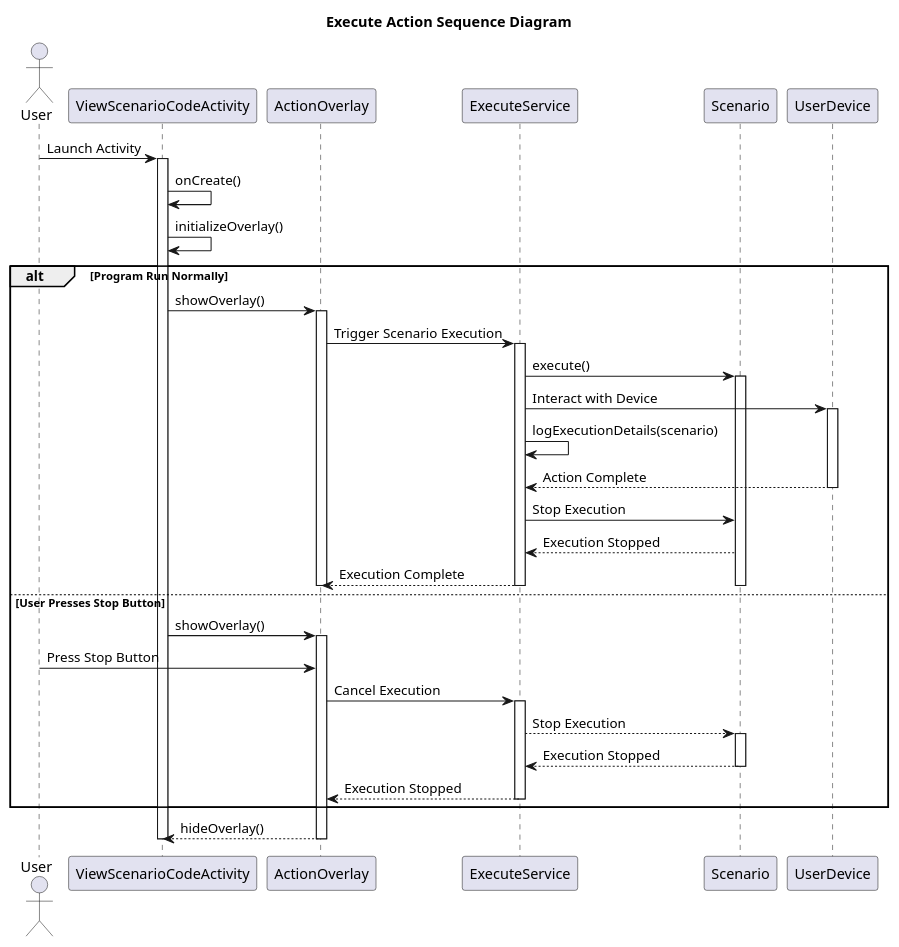
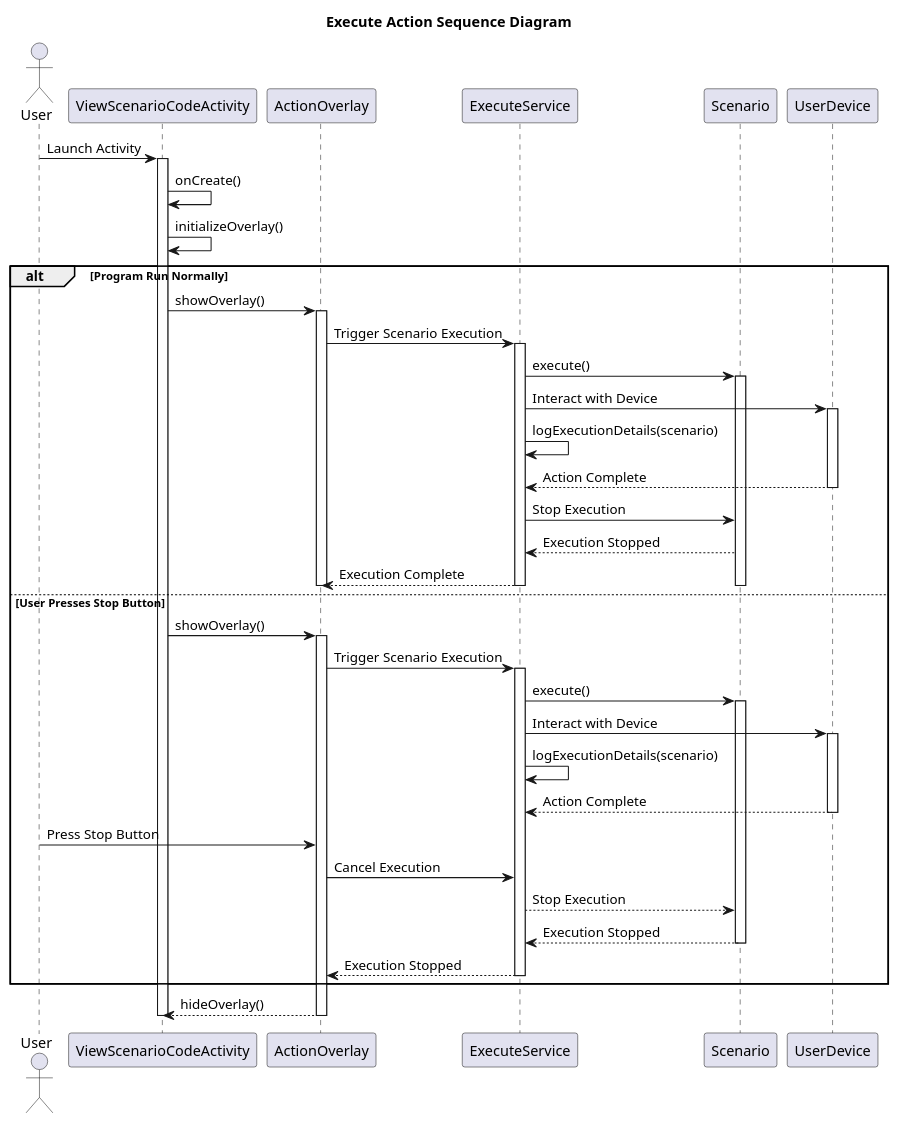
The diagram in ClassDiagram/MobileDiagram/ScenarioManagement/ExecuteScenarioSequenceDiagram.plantuml (Caothuludau/InSyncDocument), drawn with PlantUML before and after one commit. The commit also changed 2 other files, not shown here.

```diff
--- a/ClassDiagram/MobileDiagram/ScenarioManagement/ExecuteScenarioSequenceDiagram.plantuml
+++ b/ClassDiagram/MobileDiagram/ScenarioManagement/ExecuteScenarioSequenceDiagram.plantuml
@@ -1,58 +1,67 @@
 @startuml ExecuteActionSequenceDiagram
 
 title Execute Action Sequence Diagram
 actor User
 participant ViewScenarioCodeActivity
 participant ActionOverlay
 participant ExecuteService
 participant Scenario
 participant UserDevice
 
 User -> ViewScenarioCodeActivity : Launch Activity
 activate ViewScenarioCodeActivity
 
 ViewScenarioCodeActivity -> ViewScenarioCodeActivity : onCreate()
 ViewScenarioCodeActivity -> ViewScenarioCodeActivity : initializeOverlay()
 
 
 
 alt Program Run Normally
     ViewScenarioCodeActivity -> ActionOverlay : showOverlay()
     activate ActionOverlay
     ActionOverlay -> ExecuteService : Trigger Scenario Execution
     activate ExecuteService
 
     ExecuteService -> Scenario : execute()
     activate Scenario
 
     ExecuteService -> UserDevice : Interact with Device
     activate UserDevice
     ExecuteService -> ExecuteService : logExecutionDetails(scenario)
     UserDevice --> ExecuteService : Action Complete
     deactivate UserDevice
     ExecuteService -> Scenario : Stop Execution
     Scenario --> ExecuteService : Execution Stopped
     ExecuteService --> ActionOverlay : Execution Complete
     deactivate ActionOverlay
     deactivate Scenario
     deactivate ExecuteService
 else User Presses Stop Button
     ViewScenarioCodeActivity -> ActionOverlay : showOverlay()
     activate ActionOverlay
+    ActionOverlay -> ExecuteService : Trigger Scenario Execution
+    activate ExecuteService
+
+    ExecuteService -> Scenario : execute()
+    activate Scenario
+
+    ExecuteService -> UserDevice : Interact with Device
+    activate UserDevice
+    ExecuteService -> ExecuteService : logExecutionDetails(scenario)
+    UserDevice --> ExecuteService : Action Complete
+    deactivate UserDevice
     User -> ActionOverlay : Press Stop Button
     ActionOverlay -> ExecuteService : Cancel Execution
-    activate ExecuteService
     ExecuteService --> Scenario : Stop Execution
-    activate Scenario
     Scenario --> ExecuteService : Execution Stopped
     deactivate Scenario
     ExecuteService --> ActionOverlay : Execution Stopped
     
     deactivate ExecuteService
 end
 
 ActionOverlay --> ViewScenarioCodeActivity : hideOverlay()
 deactivate ActionOverlay
 deactivate ViewScenarioCodeActivity
 
 @enduml
```
